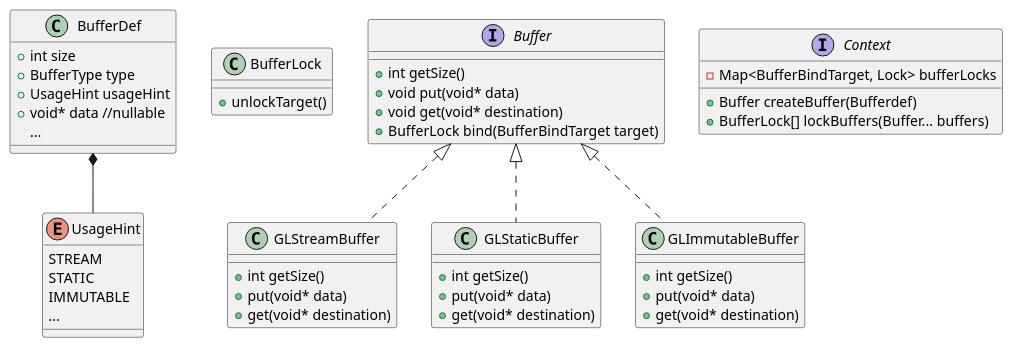
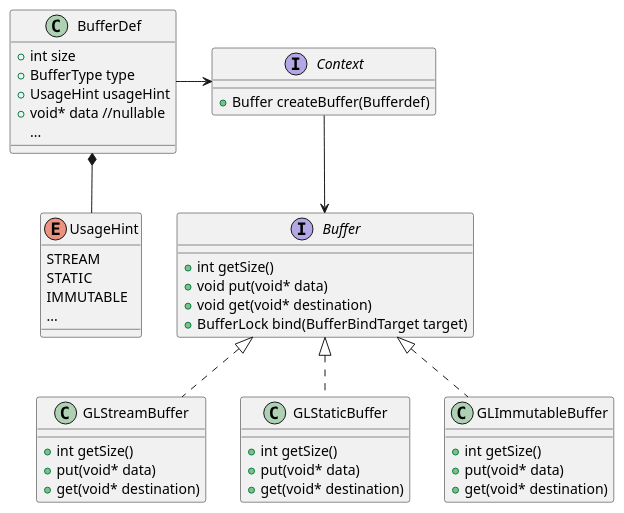
The diagram in renderer/core/uml/buffersClass.puml (wookie41/blitz), drawn with PlantUML before and after one commit. The commit also changed 96 other files, not shown here.

```diff
--- a/renderer/core/uml/buffersClass.puml
+++ b/renderer/core/uml/buffersClass.puml
@@ -1,55 +1,53 @@
 @startuml
 
 enum UsageHint {
     STREAM
     STATIC
     IMMUTABLE
     ...
 }
 
 class BufferDef {
     + int size
     + BufferType type
     + UsageHint usageHint
     + void* data //nullable
     ...
 }
 
-class BufferLock {
-    + unlockTarget()
-}
 
 interface Buffer {
     + int getSize()
     + void put(void* data)
     + void get(void* destination)
     + BufferLock bind(BufferBindTarget target)
 }
 
 class GLStreamBuffer implements Buffer {
     + int getSize()
     + put(void* data)
     + get(void* destination)
 }
 
 class GLStaticBuffer implements Buffer {
     + int getSize()
     + put(void* data)
     + get(void* destination)
 }
 
 class GLImmutableBuffer implements Buffer {
     + int getSize()
     + put(void* data)
     + get(void* destination)
 }
 
 interface Context {
     + Buffer createBuffer(Bufferdef)
-    + BufferLock[] lockBuffers(Buffer... buffers)
-    - Map<BufferBindTarget, Lock> bufferLocks
 }
 
 BufferDef *-- UsageHint
 
+Context --> Buffer
+BufferDef -> Context
+
 @enduml
```
